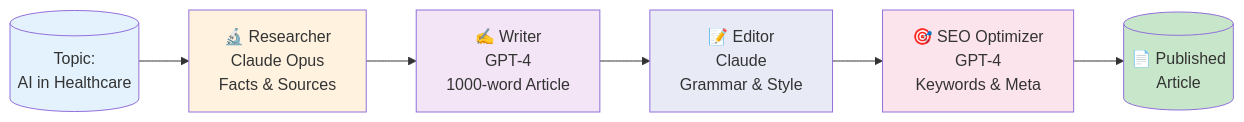
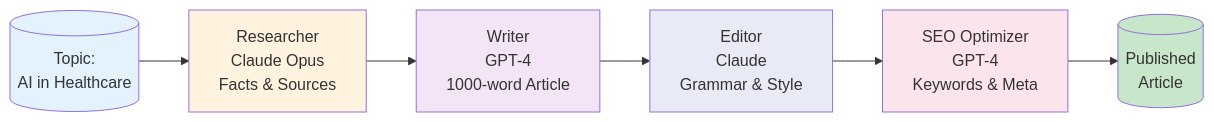
The seventh of 9 diagrams in docs/orchestration-workflows.md (HelgeSverre/pagent), drawn with Mermaid before and after one commit. The commit also changed other lines of this file and 239 other files, not shown here.

````diff
--- a/docs/orchestration-workflows.md
+++ b/docs/orchestration-workflows.md
@@ -634,19 +636,19 @@
 ```mermaid
 flowchart LR
-    Topic[("Topic:<br/>AI in Healthcare")] --> Research["🔬 Researcher<br/>Claude Opus<br/>Facts & Sources"]
+    Topic[("Topic:<br/>AI in Healthcare")] --> Research["Researcher<br/>Claude Opus<br/>Facts & Sources"]
 
-    Research --> Writer["✍️ Writer<br/>GPT-4<br/>1000-word Article"]
+    Research --> Writer["Writer<br/>GPT-4<br/>1000-word Article"]
 
-    Writer --> Editor["📝 Editor<br/>Claude<br/>Grammar & Style"]
+    Writer --> Editor["Editor<br/>Claude<br/>Grammar & Style"]
 
-    Editor --> SEO["🎯 SEO Optimizer<br/>GPT-4<br/>Keywords & Meta"]
+    Editor --> SEO["SEO Optimizer<br/>GPT-4<br/>Keywords & Meta"]
 
-    SEO --> Article[("📄 Published<br/>Article")]
+    SEO --> Article[(" Published<br/>Article")]
 
     style Topic fill:#e3f2fd
     style Article fill:#c8e6c9
     style Research fill:#fff3e0
     style Writer fill:#f3e5f5
     style Editor fill:#e8eaf6
     style SEO fill:#fce4ec
 ```
````
